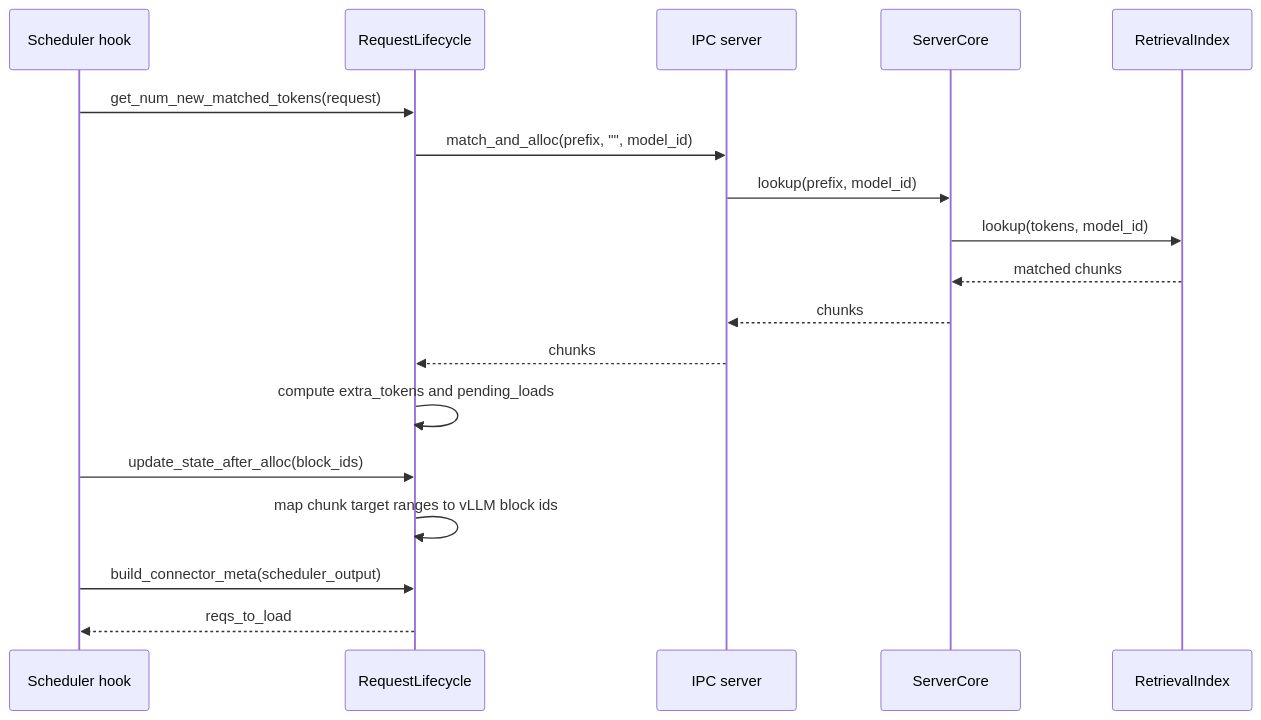
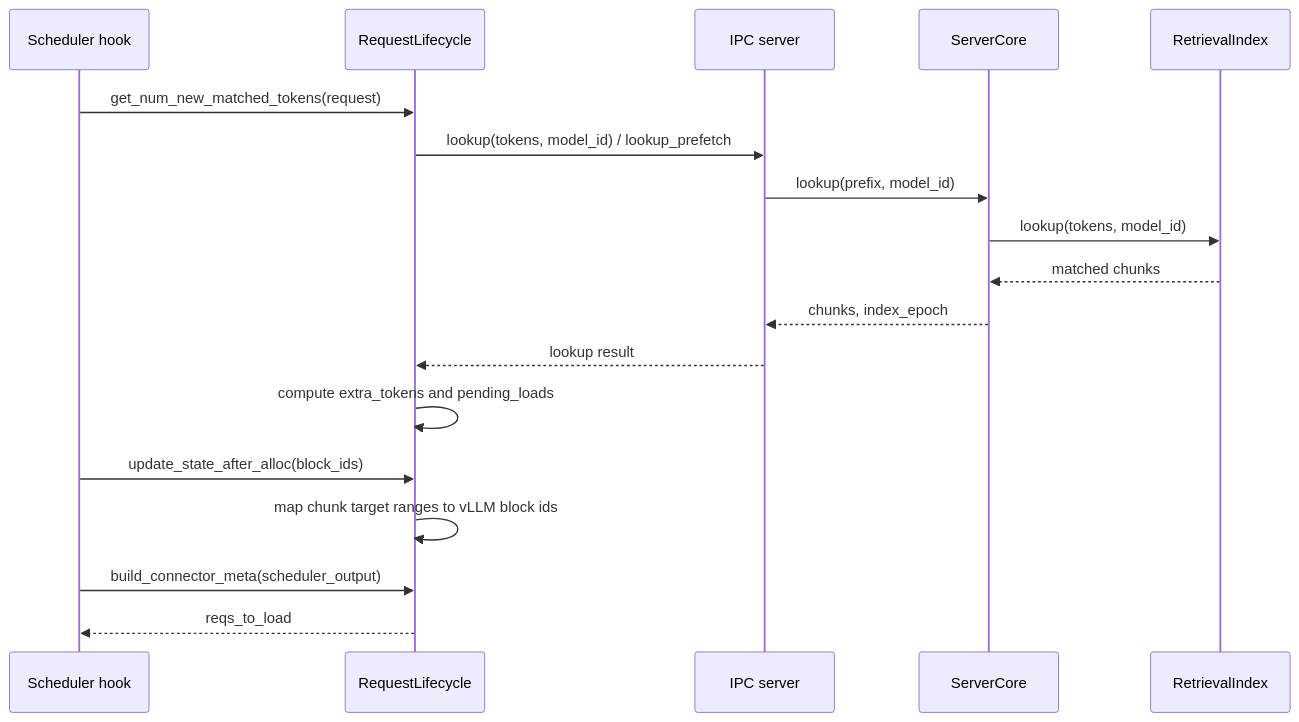
The sixth of 8 diagrams in docs/design/flows.md (7774596/DaseR), drawn with Mermaid before and after one commit. The commit also changed other lines of this file and 11 other files, not shown here.

First line of the commit message:
docs(server): sync architecture and design documentation

````diff
--- a/docs/design/flows.md
+++ b/docs/design/flows.md
@@ -173,21 +202,21 @@
 ```mermaid
 sequenceDiagram
     participant S as Scheduler hook
     participant SL as RequestLifecycle
     participant IPC as IPC server
     participant C as ServerCore
     participant RI as RetrievalIndex
 
     S->>SL: get_num_new_matched_tokens(request)
-    SL->>IPC: match_and_alloc(prefix, "", model_id)
+    SL->>IPC: lookup(tokens, model_id) / lookup_prefetch
     IPC->>C: lookup(prefix, model_id)
     C->>RI: lookup(tokens, model_id)
     RI-->>C: matched chunks
-    C-->>IPC: chunks
-    IPC-->>SL: chunks
+    C-->>IPC: chunks, index_epoch
+    IPC-->>SL: lookup result
     SL->>SL: compute extra_tokens and pending_loads
     S->>SL: update_state_after_alloc(block_ids)
     SL->>SL: map chunk target ranges to vLLM block ids
     S->>SL: build_connector_meta(scheduler_output)
     SL-->>S: reqs_to_load
 ```
````
